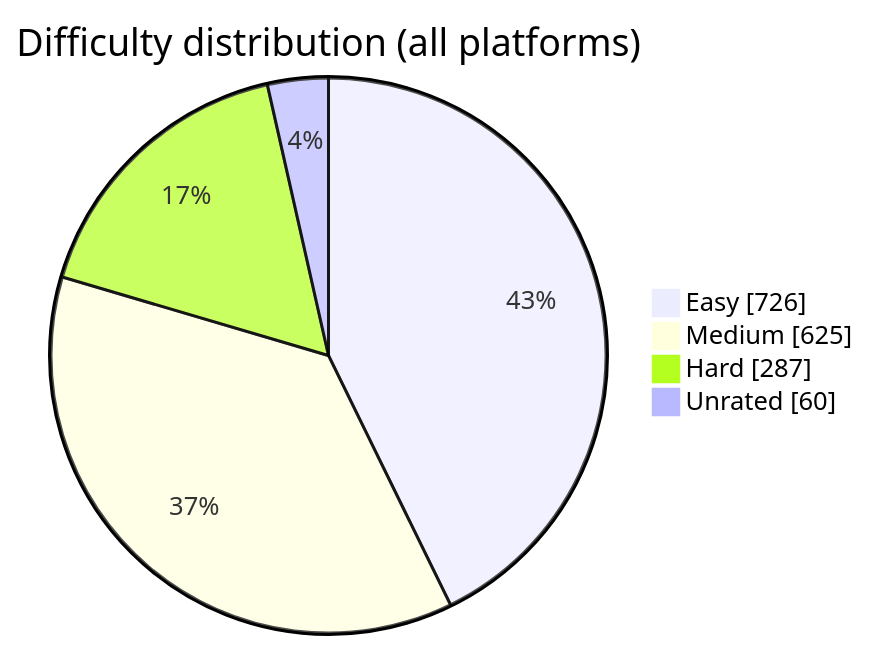
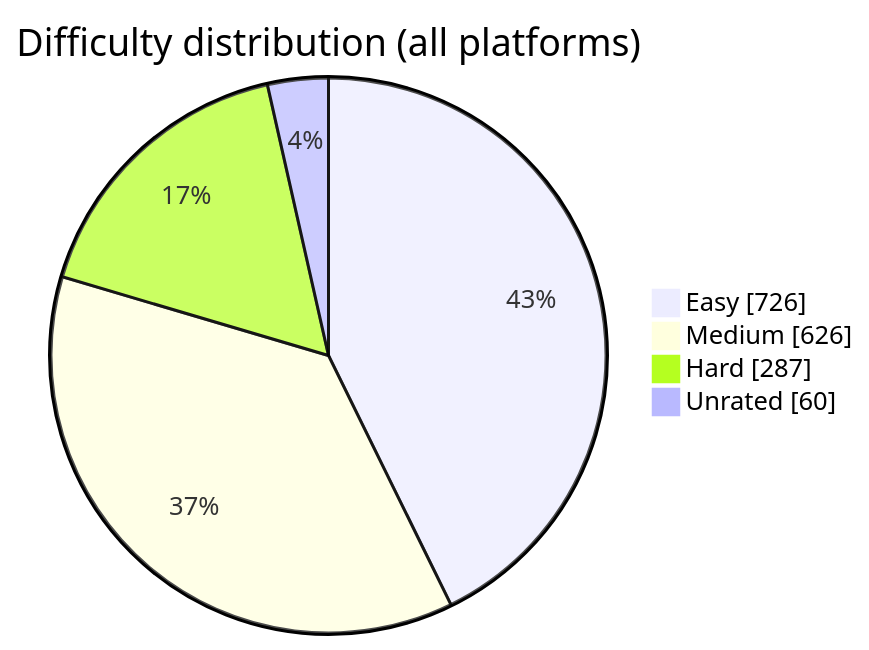
Before and after one commit to BuildbyArindam/Daily-Coding-Log: the diagram in README.md, drawn with Mermaid. The commit also changed other lines of this file, not shown here.

````diff
--- a/README.md
+++ b/README.md
@@ -93,7 +93,7 @@
 ```mermaid
 pie showData title Difficulty distribution (all platforms)
     "Easy" : 726
-    "Medium" : 625
+    "Medium" : 626
     "Hard" : 287
     "Unrated" : 60
 ```
````
